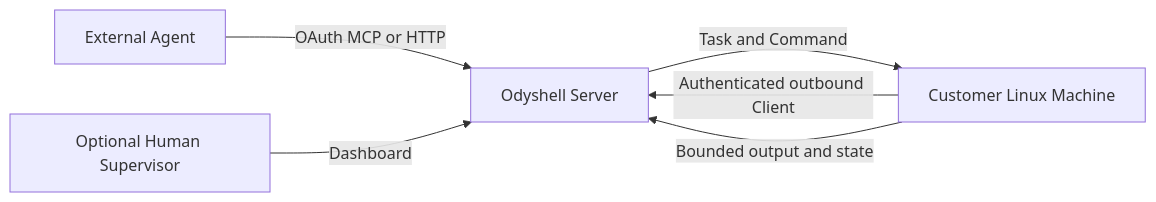
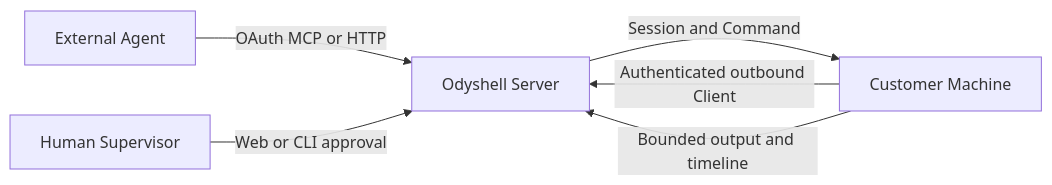
Before and after one commit to kapeka0/Odyshell: the diagram in README.md, drawn with Mermaid. The commit also changed other lines of this file and 156 other files, not shown here.

````diff
--- a/README.md
+++ b/README.md
@@ -18,8 +19,8 @@
 ```mermaid
 flowchart LR
   A["External Agent"] -->|"OAuth MCP or HTTP"| S["Odyshell Server"]
-  H["Optional Human Supervisor"] -->|"Dashboard"| S
-  M["Customer Linux Machine"] -->|"Authenticated outbound Client"| S
-  S -->|"Task and Command"| M
-  M -->|"Bounded output and state"| S
+  H["Human Supervisor"] -->|"Web or CLI approval"| S
+  M["Customer Machine"] -->|"Authenticated outbound Client"| S
+  S -->|"Session and Command"| M
+  M -->|"Bounded output and timeline"| S
 ```
````
